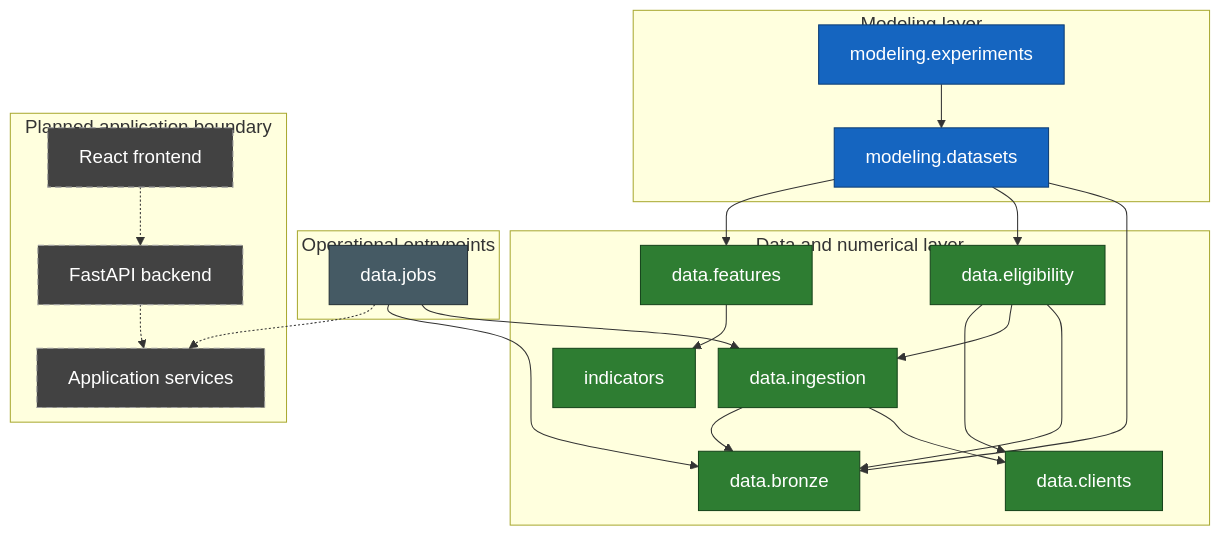
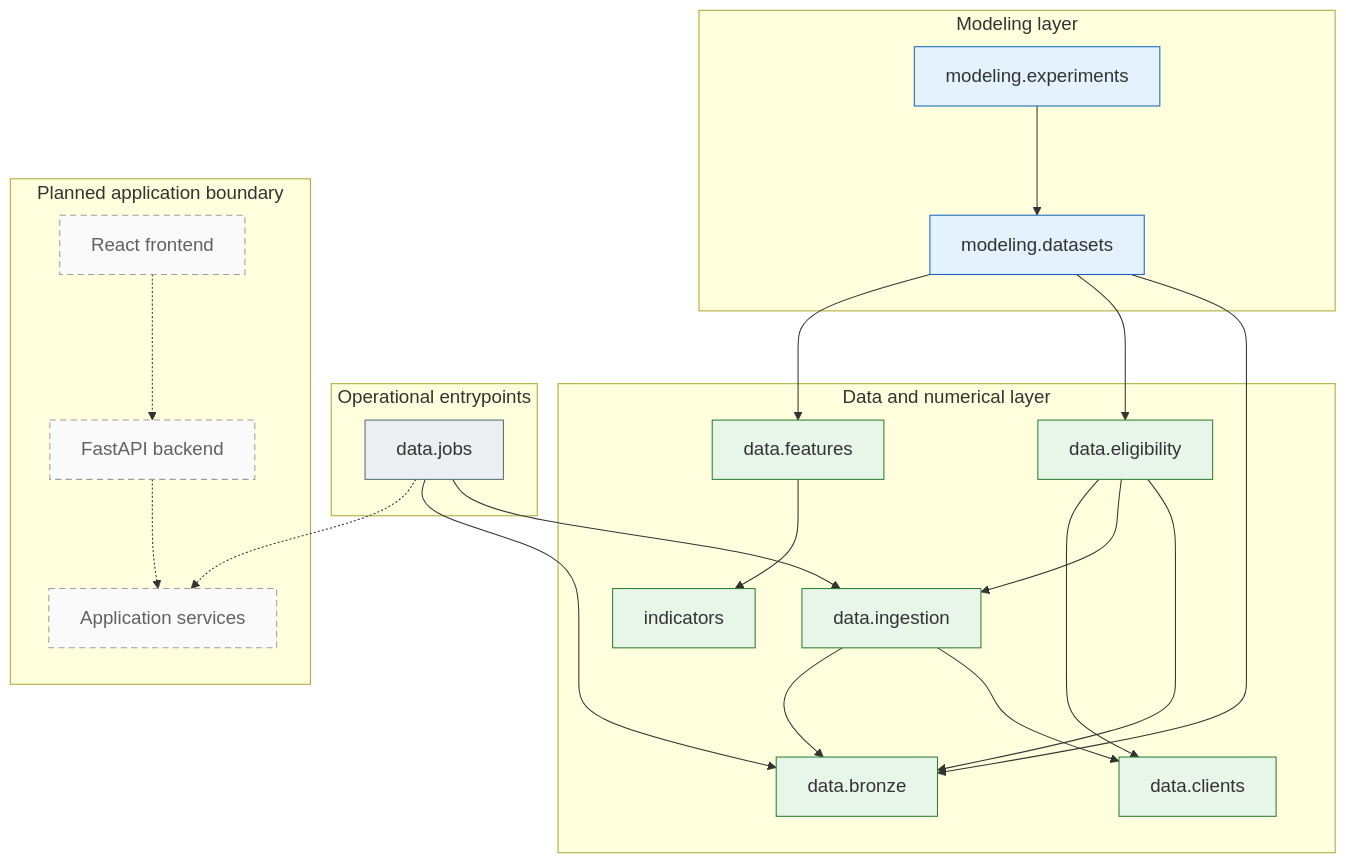
Before and after one commit to Frallmeister/swingtrader-app: the third of 3 diagrams in docs/architecture/overview.md, drawn with Mermaid. The commit also changed other lines of this file and 5 other files, not shown here.

Commit message:
Fix the diagram styling

````diff
--- a/docs/architecture/overview.md
+++ b/docs/architecture/overview.md
@@ -96,52 +96,52 @@
 ```mermaid
-%%{init: {"themeVariables": {"fontSize": "18px"}, "flowchart": {"nodeSpacing": 22, "rankSpacing": 28}}}%%
+%%{init: {"themeVariables": {"fontSize": "18px"}, "flowchart": {"nodeSpacing": 45, "rankSpacing": 70}}}%%
 flowchart TB
     subgraph entrypoints["Operational entrypoints"]
         jobs["data.jobs"]
     end
 
     subgraph data["Data and numerical layer"]
         clients["data.clients"]
         ingestion["data.ingestion"]
         bronze["data.bronze"]
         eligibility["data.eligibility"]
         indicators["indicators"]
         features["data.features"]
     end
 
     subgraph modeling["Modeling layer"]
         datasets["modeling.datasets"]
         experiments["modeling.experiments"]
     end
 
     subgraph application["Planned application boundary"]
         services["Application services"]
         api["FastAPI backend"]
         frontend["React frontend"]
     end
 
     jobs --> ingestion
     jobs --> bronze
     jobs -.-> services
     ingestion --> clients
     ingestion --> bronze
     eligibility --> bronze
     eligibility --> ingestion
     eligibility --> clients
     features --> indicators
     datasets --> bronze
     datasets --> eligibility
     datasets --> features
     experiments --> datasets
     api -.-> services
     frontend -.-> api
 
-    classDef entry fill:#455a64,stroke:#263238,color:#ffffff
-    classDef dataNode fill:#2e7d32,stroke:#17451c,color:#ffffff
-    classDef modelNode fill:#1565c0,stroke:#0d3d75,color:#ffffff
-    classDef planned fill:#424242,stroke:#9e9e9e,color:#ffffff,stroke-dasharray:6 4
+    classDef entry fill:#eceff1,stroke:#546e7a
+    classDef dataNode fill:#e8f5e9,stroke:#2e7d32
+    classDef modelNode fill:#e3f2fd,stroke:#1565c0
+    classDef planned fill:#fafafa,stroke:#9e9e9e,color:#616161,stroke-dasharray:6 4
     class jobs entry
     class clients,ingestion,bronze,eligibility,indicators,features dataNode
     class datasets,experiments modelNode
     class services,api,frontend planned
 ```
````
